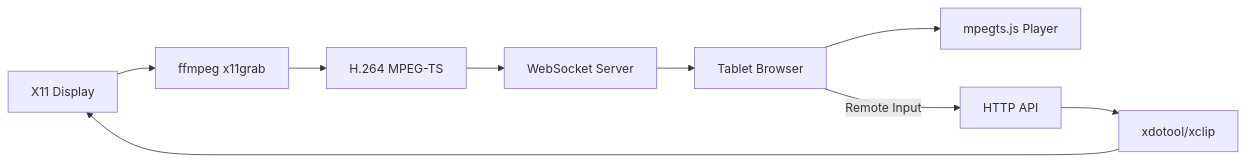
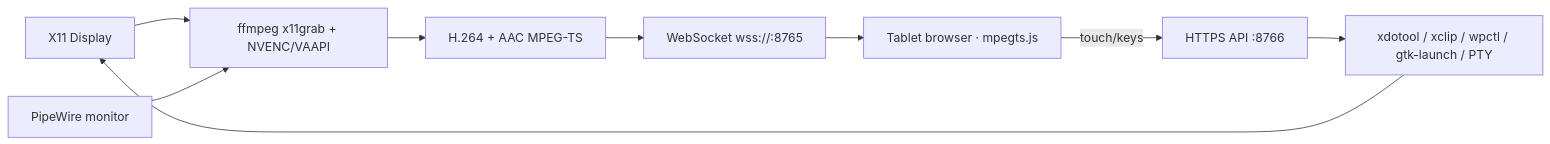
The diagram in README.md (krsatyam36/screenshare), drawn with Mermaid before and after one commit. The commit also changed other lines of this file and 24 other files, not shown here.

````diff
--- a/README.md
+++ b/README.md
@@ -42,11 +211,11 @@
 ```mermaid
 graph LR
-    A[X11 Display] --> B[ffmpeg x11grab]
-    B --> C[H.264 MPEG-TS]
-    C --> D[WebSocket Server]
-    D --> E[Tablet Browser]
-    E --> F[mpegts.js Player]
-    E -- Remote Input --> G[HTTP API]
-    G --> H[xdotool/xclip]
-    H --> A
+    A[X11 Display] --> B[ffmpeg x11grab + NVENC/VAAPI]
+    P[PipeWire monitor] --> B
+    B --> C[H.264 + AAC MPEG-TS]
+    C --> D[WebSocket wss://:8765]
+    D --> E[Tablet browser · mpegts.js]
+    E -- touch/keys --> F[HTTPS API :8766]
+    F --> G[xdotool / xclip / wpctl / gtk-launch / PTY]
+    G --> A
 ```
````
